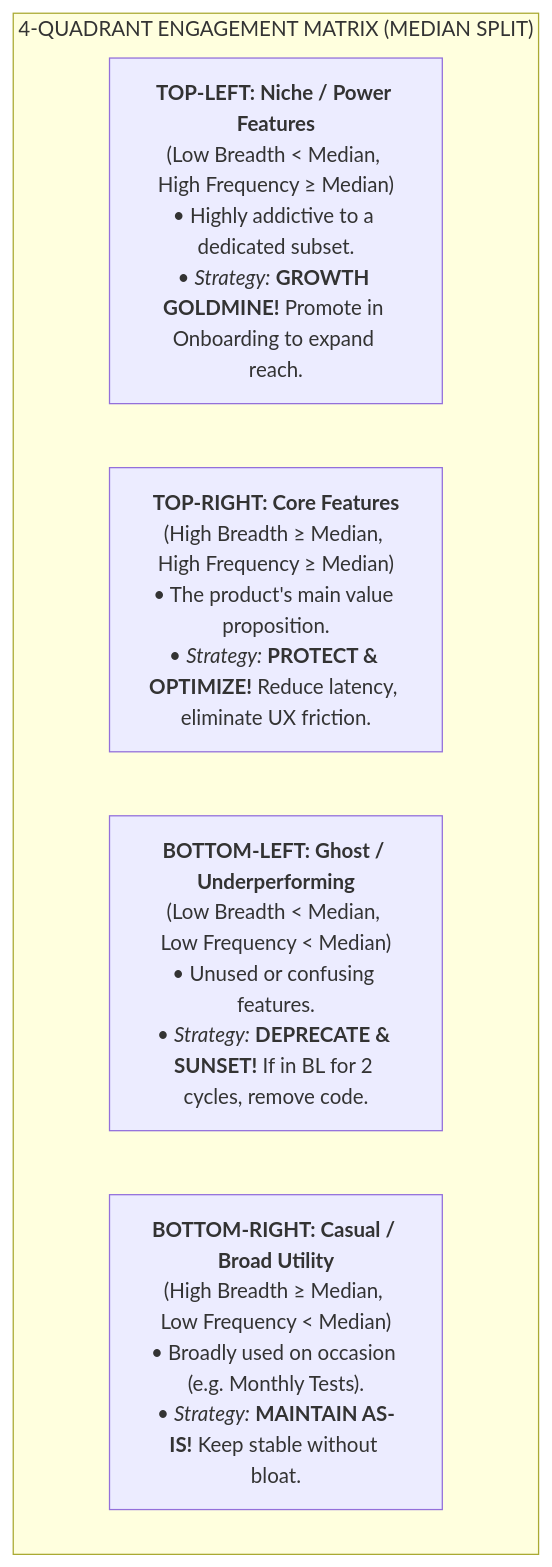
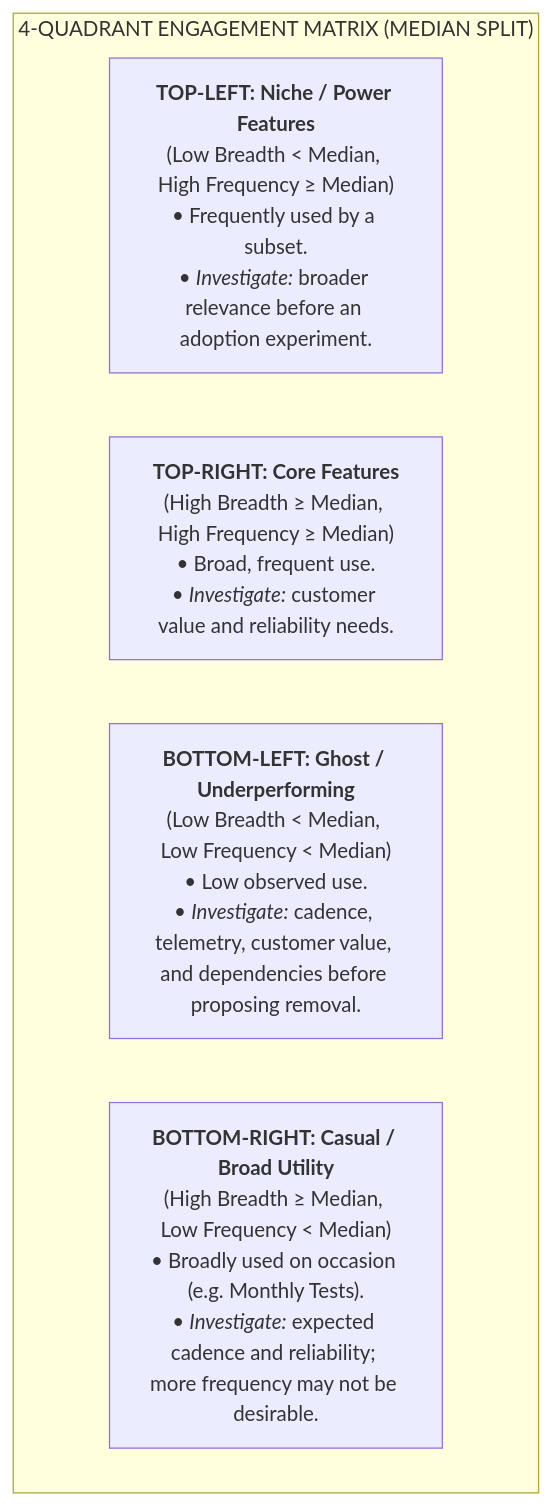
One commit to jimnguyendev/jimmy-kit changed the second of 3 diagrams in skills/analytics/engagement-matrix-analytics/SKILL.md. Above: the diagram before and after it, drawn with Mermaid. The commit also changed other lines of this file and 92 other files, not shown here.

````diff
--- a/skills/analytics/engagement-matrix-analytics/SKILL.md
+++ b/skills/analytics/engagement-matrix-analytics/SKILL.md
@@ -44,9 +45,9 @@
 ```mermaid
 graph TD
     subgraph ENGAGEMENT_MATRIX["4-QUADRANT ENGAGEMENT MATRIX (MEDIAN SPLIT)"]
-        TL["<b>TOP-LEFT: Niche / Power Features</b><br/>(Low Breadth < Median, High Frequency ≥ Median)<br/>• Highly addictive to a dedicated subset.<br/>• <i>Strategy:</i> <b>GROWTH GOLDMINE!</b> Promote in Onboarding to expand reach."]
-        TR["<b>TOP-RIGHT: Core Features</b><br/>(High Breadth ≥ Median, High Frequency ≥ Median)<br/>• The product's main value proposition.<br/>• <i>Strategy:</i> <b>PROTECT & OPTIMIZE!</b> Reduce latency, eliminate UX friction."]
-        BL["<b>BOTTOM-LEFT: Ghost / Underperforming</b><br/>(Low Breadth < Median, Low Frequency < Median)<br/>• Unused or confusing features.<br/>• <i>Strategy:</i> <b>DEPRECATE & SUNSET!</b> If in BL for 2 cycles, remove code."]
-        BR["<b>BOTTOM-RIGHT: Casual / Broad Utility</b><br/>(High Breadth ≥ Median, Low Frequency < Median)<br/>• Broadly used on occasion (e.g. Monthly Tests).<br/>• <i>Strategy:</i> <b>MAINTAIN AS-IS!</b> Keep stable without bloat."]
+        TL["<b>TOP-LEFT: Niche / Power Features</b><br/>(Low Breadth < Median, High Frequency ≥ Median)<br/>• Frequently used by a subset.<br/>• <i>Investigate:</i> broader relevance before an adoption experiment."]
+        TR["<b>TOP-RIGHT: Core Features</b><br/>(High Breadth ≥ Median, High Frequency ≥ Median)<br/>• Broad, frequent use.<br/>• <i>Investigate:</i> customer value and reliability needs."]
+        BL["<b>BOTTOM-LEFT: Ghost / Underperforming</b><br/>(Low Breadth < Median, Low Frequency < Median)<br/>• Low observed use.<br/>• <i>Investigate:</i> cadence, telemetry, customer value, and dependencies before proposing removal."]
+        BR["<b>BOTTOM-RIGHT: Casual / Broad Utility</b><br/>(High Breadth ≥ Median, Low Frequency < Median)<br/>• Broadly used on occasion (e.g. Monthly Tests).<br/>• <i>Investigate:</i> expected cadence and reliability; more frequency may not be desirable."]
     end
 ```
````
